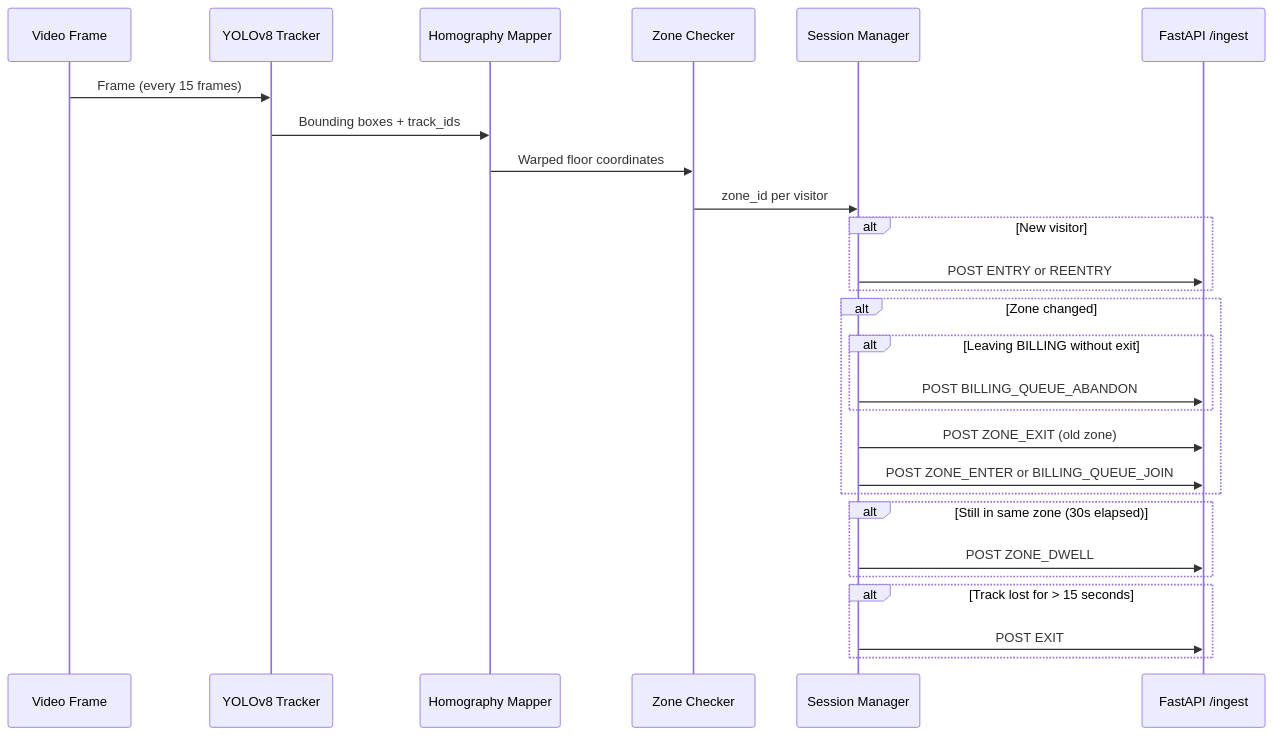
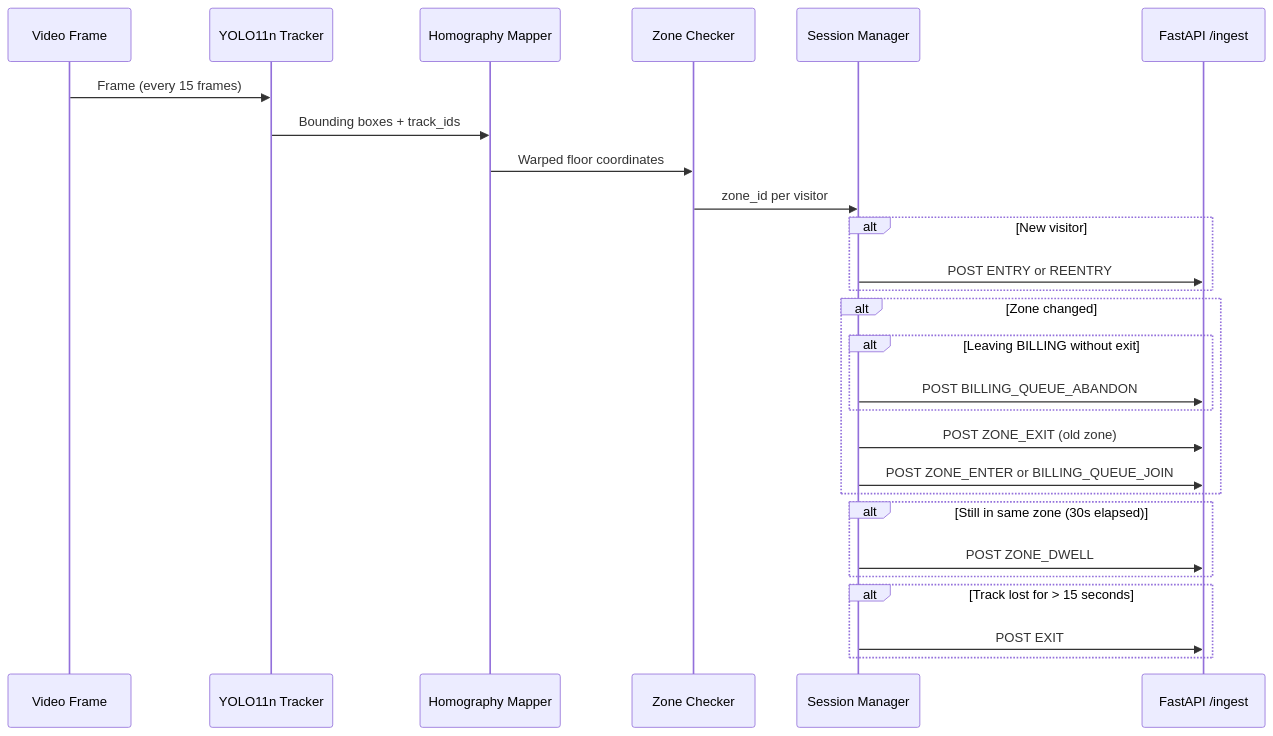
Before and after one commit to Keshabkjha/purplle-retail-intelligence: the second of 3 diagrams in README.md, drawn with Mermaid. The commit also changed other lines of this file and 3 other files, not shown here.

First line of the commit message:
feat: upgrade detection model from YOLOv8n to YOLO11n

````diff
--- a/README.md
+++ b/README.md
@@ -250,34 +250,34 @@
 ```mermaid
 sequenceDiagram
     participant V as Video Frame
-    participant Y as YOLOv8 Tracker
+    participant Y as YOLO11n Tracker
     participant H as Homography Mapper
     participant Z as Zone Checker
     participant SM as Session Manager
     participant API as FastAPI /ingest
 
     V->>Y: Frame (every 15 frames)
     Y->>H: Bounding boxes + track_ids
     H->>Z: Warped floor coordinates
     Z->>SM: zone_id per visitor
 
     alt New visitor
         SM->>API: POST ENTRY or REENTRY
     end
 
     alt Zone changed
         alt Leaving BILLING without exit
             SM->>API: POST BILLING_QUEUE_ABANDON
         end
         SM->>API: POST ZONE_EXIT (old zone)
         SM->>API: POST ZONE_ENTER or BILLING_QUEUE_JOIN
     end
 
     alt Still in same zone (30s elapsed)
         SM->>API: POST ZONE_DWELL
     end
 
     alt Track lost for > 15 seconds
         SM->>API: POST EXIT
     end
 ```
````
